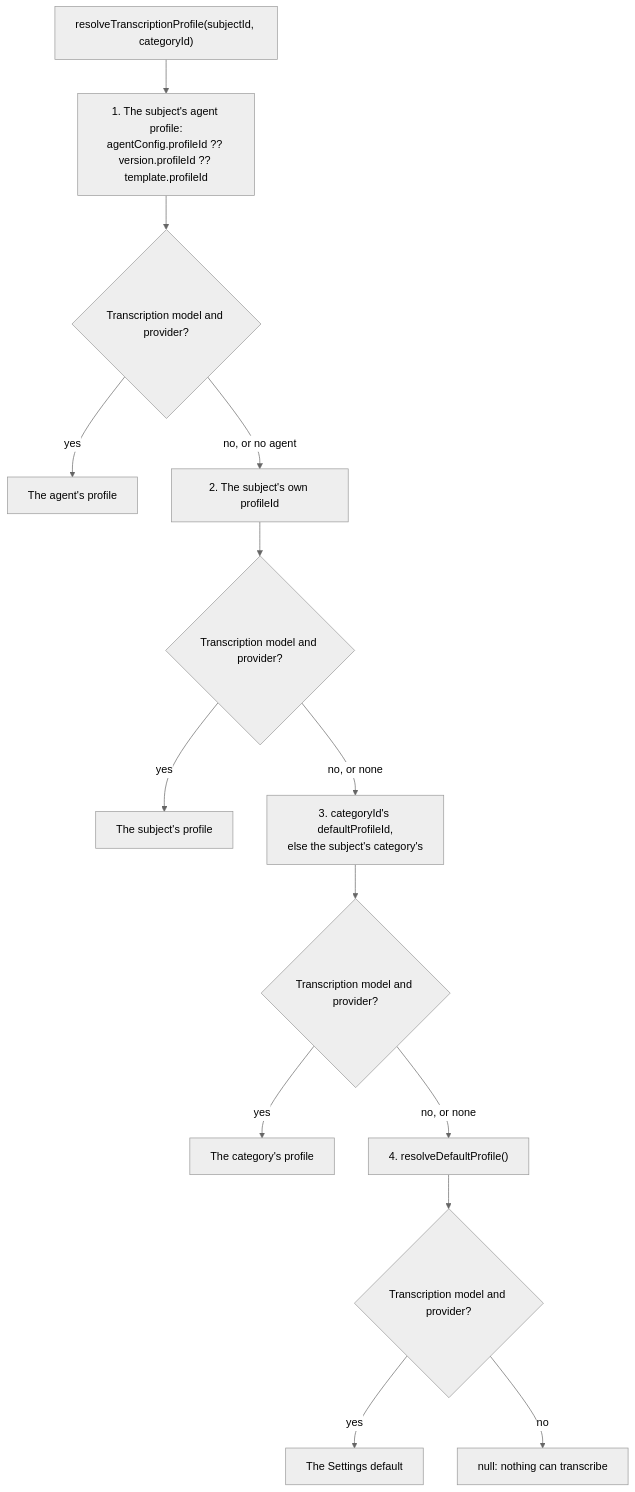
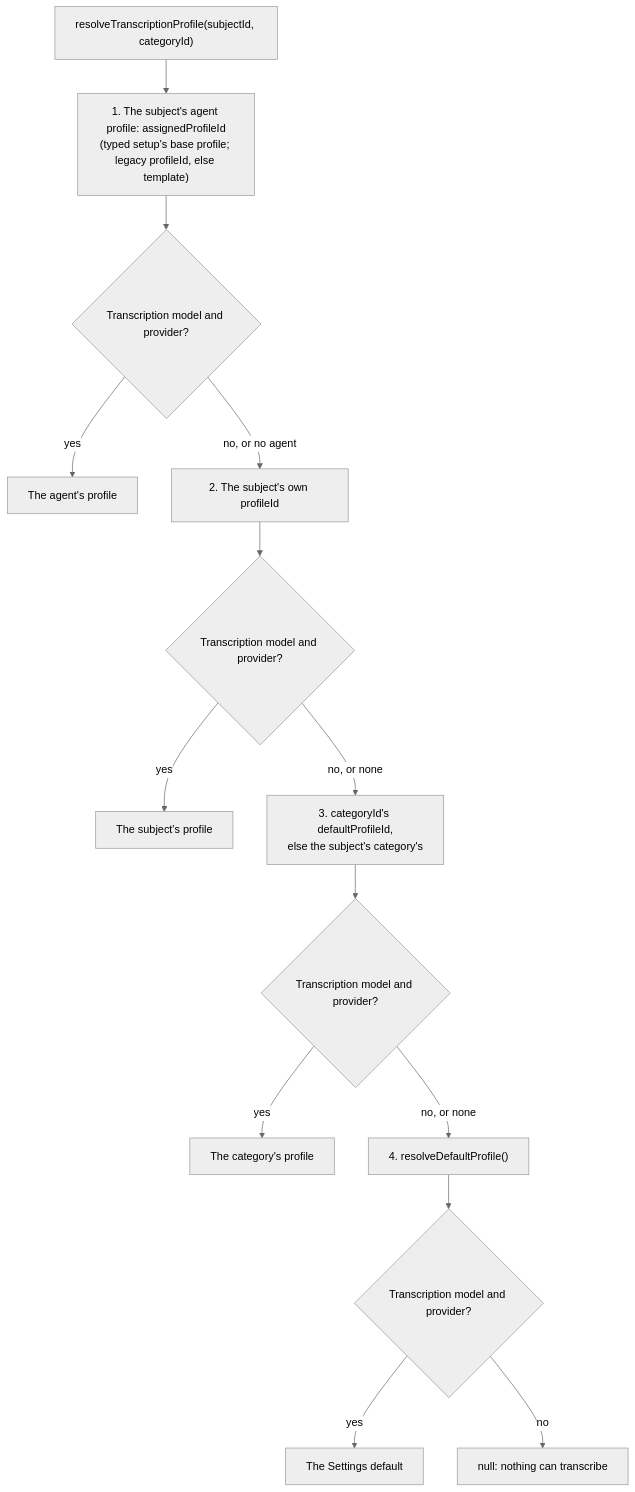
One commit to matthiasn/lotti changed the second of 2 diagrams in knowledge/features/ai/profile-resolution.md. Above: the diagram before and after it, drawn with Mermaid (neutral theme). The commit also changed other lines of this file and 3 other files, not shown here.

Commit message:
fix(speech): read a template-less agent's own setup for its profile

````diff
--- a/knowledge/features/ai/profile-resolution.md
+++ b/knowledge/features/ai/profile-resolution.md
@@ -256,16 +259,16 @@
 ```mermaid
 flowchart TD
-  Start["resolveTranscriptionProfile(subjectId, categoryId)"] --> Agent["1. The subject's agent profile:<br/>agentConfig.profileId ?? version.profileId ?? template.profileId"]
+  Start["resolveTranscriptionProfile(subjectId, categoryId)"] --> Agent["1. The subject's agent profile: assignedProfileId<br/>(typed setup's base profile; legacy profileId, else template)"]
   Agent --> AgentSlot{"Transcription model and provider?"}
   AgentSlot -->|yes| UseAgent["The agent's profile"]
   AgentSlot -->|"no, or no agent"| Own["2. The subject's own profileId"]
   Own --> OwnSlot{"Transcription model and provider?"}
   OwnSlot -->|yes| UseOwn["The subject's profile"]
   OwnSlot -->|"no, or none"| Cat["3. categoryId's defaultProfileId,<br/>else the subject's category's"]
   Cat --> CatSlot{"Transcription model and provider?"}
   CatSlot -->|yes| UseCat["The category's profile"]
   CatSlot -->|"no, or none"| Def["4. resolveDefaultProfile()"]
   Def --> DefSlot{"Transcription model and provider?"}
   DefSlot -->|yes| UseDef["The Settings default"]
   DefSlot -->|no| None["null: nothing can transcribe"]
 ```
````
